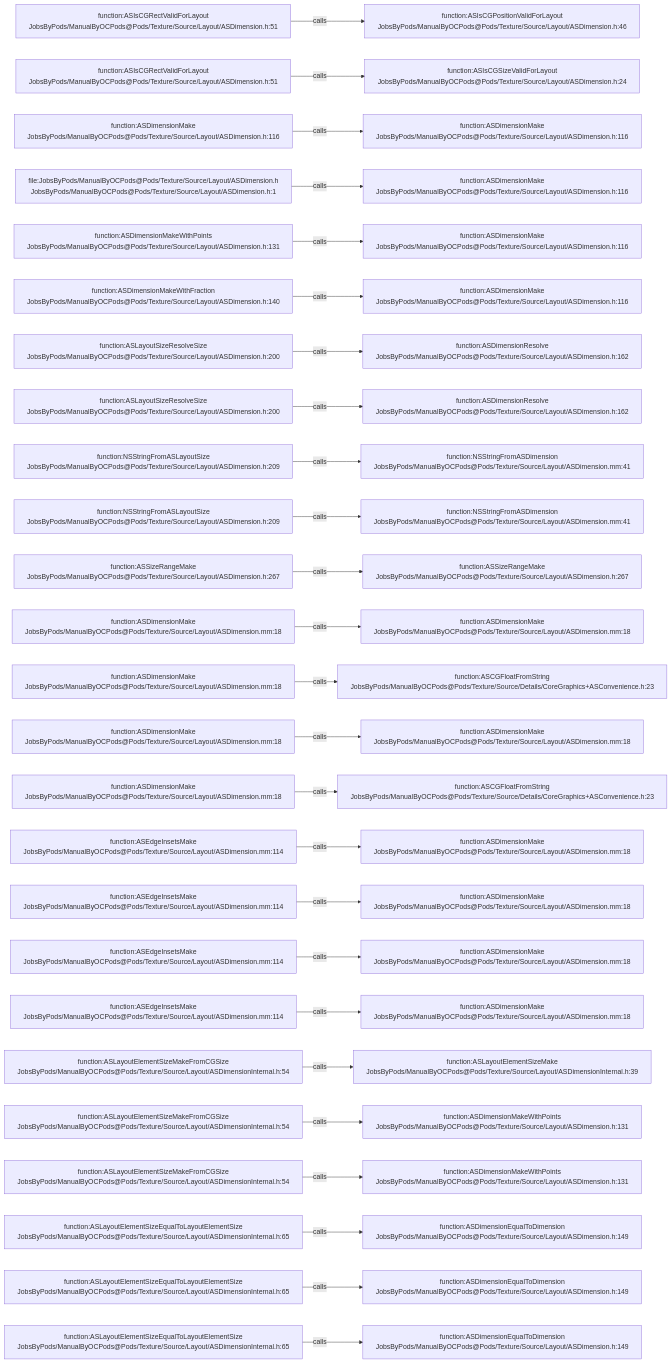
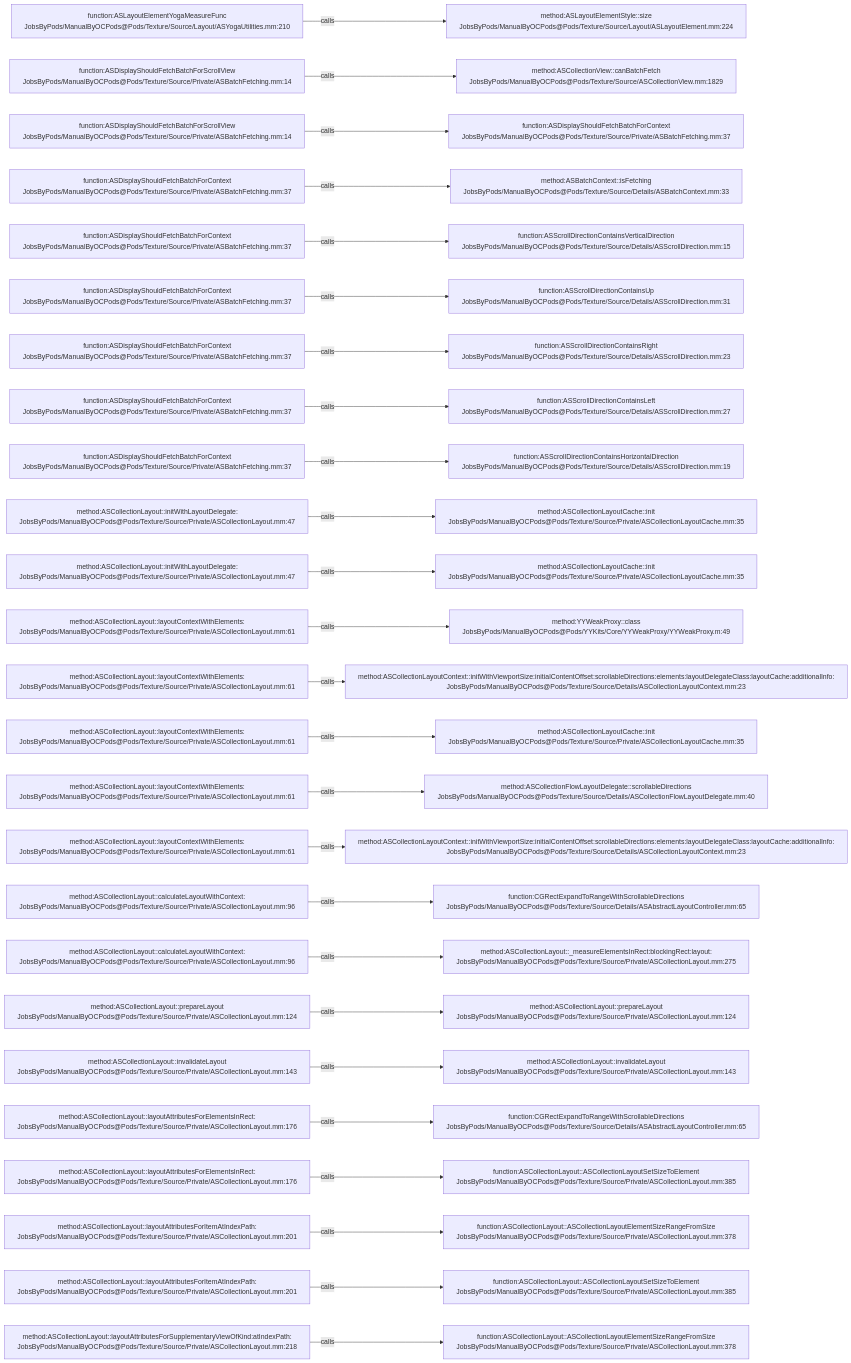
One commit to JobsKits/JobsOCBaseConfigDemo changed the diagram in .codegraph/codegraph.md/graphs/calls-168.md. Above: the diagram before and after it, drawn with Mermaid. The commit also changed 2723 other files, not shown here.

````diff
--- a/.codegraph/codegraph.md/graphs/calls-168.md
+++ b/.codegraph/codegraph.md/graphs/calls-168.md
@@ -13,78 +13,78 @@
 ```mermaid
 flowchart LR
-  S1["function:ASIsCGRectValidForLayout<br/>JobsByPods/ManualByOCPods@Pods/Texture/Source/Layout/ASDimension.h:51"]
-  T1["function:ASIsCGPositionValidForLayout<br/>JobsByPods/ManualByOCPods@Pods/Texture/Source/Layout/ASDimension.h:46"]
+  S1["function:ASLayoutElementYogaMeasureFunc<br/>JobsByPods/ManualByOCPods@Pods/Texture/Source/Layout/ASYogaUtilities.mm:210"]
+  T1["method:ASLayoutElementStyle::size<br/>JobsByPods/ManualByOCPods@Pods/Texture/Source/Layout/ASLayoutElement.mm:224"]
   S1 -->|calls| T1
-  S2["function:ASIsCGRectValidForLayout<br/>JobsByPods/ManualByOCPods@Pods/Texture/Source/Layout/ASDimension.h:51"]
-  T2["function:ASIsCGSizeValidForLayout<br/>JobsByPods/ManualByOCPods@Pods/Texture/Source/Layout/ASDimension.h:24"]
+  S2["function:ASDisplayShouldFetchBatchForScrollView<br/>JobsByPods/ManualByOCPods@Pods/Texture/Source/Private/ASBatchFetching.mm:14"]
+  T2["method:ASCollectionView::canBatchFetch<br/>JobsByPods/ManualByOCPods@Pods/Texture/Source/ASCollectionView.mm:1829"]
   S2 -->|calls| T2
-  S3["function:ASDimensionMake<br/>JobsByPods/ManualByOCPods@Pods/Texture/Source/Layout/ASDimension.h:116"]
-  T3["function:ASDimensionMake<br/>JobsByPods/ManualByOCPods@Pods/Texture/Source/Layout/ASDimension.h:116"]
+  S3["function:ASDisplayShouldFetchBatchForScrollView<br/>JobsByPods/ManualByOCPods@Pods/Texture/Source/Private/ASBatchFetching.mm:14"]
+  T3["function:ASDisplayShouldFetchBatchForContext<br/>JobsByPods/ManualByOCPods@Pods/Texture/Source/Private/ASBatchFetching.mm:37"]
   S3 -->|calls| T3
-  S4["file:JobsByPods/ManualByOCPods@Pods/Texture/Source/Layout/ASDimension.h<br/>JobsByPods/ManualByOCPods@Pods/Texture/Source/Layout/ASDimension.h:1"]
-  T4["function:ASDimensionMake<br/>JobsByPods/ManualByOCPods@Pods/Texture/Source/Layout/ASDimension.h:116"]
+  S4["function:ASDisplayShouldFetchBatchForContext<br/>JobsByPods/ManualByOCPods@Pods/Texture/Source/Private/ASBatchFetching.mm:37"]
+  T4["method:ASBatchContext::isFetching<br/>JobsByPods/ManualByOCPods@Pods/Texture/Source/Details/ASBatchContext.mm:33"]
   S4 -->|calls| T4
-  S5["function:ASDimensionMakeWithPoints<br/>JobsByPods/ManualByOCPods@Pods/Texture/Source/Layout/ASDimension.h:131"]
-  T5["function:ASDimensionMake<br/>JobsByPods/ManualByOCPods@Pods/Texture/Source/Layout/ASDimension.h:116"]
+  S5["function:ASDisplayShouldFetchBatchForContext<br/>JobsByPods/ManualByOCPods@Pods/Texture/Source/Private/ASBatchFetching.mm:37"]
+  T5["function:ASScrollDirectionContainsVerticalDirection<br/>JobsByPods/ManualByOCPods@Pods/Texture/Source/Details/ASScrollDirection.mm:15"]
   S5 -->|calls| T5
-  S6["function:ASDimensionMakeWithFraction<br/>JobsByPods/ManualByOCPods@Pods/Texture/Source/Layout/ASDimension.h:140"]
-  T6["function:ASDimensionMake<br/>JobsByPods/ManualByOCPods@Pods/Texture/Source/Layout/ASDimension.h:116"]
+  S6["function:ASDisplayShouldFetchBatchForContext<br/>JobsByPods/ManualByOCPods@Pods/Texture/Source/Private/ASBatchFetching.mm:37"]
+  T6["function:ASScrollDirectionContainsUp<br/>JobsByPods/ManualByOCPods@Pods/Texture/Source/Details/ASScrollDirection.mm:31"]
   S6 -->|calls| T6
-  S7["function:ASLayoutSizeResolveSize<br/>JobsByPods/ManualByOCPods@Pods/Texture/Source/Layout/ASDimension.h:200"]
-  T7["function:ASDimensionResolve<br/>JobsByPods/ManualByOCPods@Pods/Texture/Source/Layout/ASDimension.h:162"]
+  S7["function:ASDisplayShouldFetchBatchForContext<br/>JobsByPods/ManualByOCPods@Pods/Texture/Source/Private/ASBatchFetching.mm:37"]
+  T7["function:ASScrollDirectionContainsRight<br/>JobsByPods/ManualByOCPods@Pods/Texture/Source/Details/ASScrollDirection.mm:23"]
   S7 -->|calls| T7
-  S8["function:ASLayoutSizeResolveSize<br/>JobsByPods/ManualByOCPods@Pods/Texture/Source/Layout/ASDimension.h:200"]
-  T8["function:ASDimensionResolve<br/>JobsByPods/ManualByOCPods@Pods/Texture/Source/Layout/ASDimension.h:162"]
+  S8["function:ASDisplayShouldFetchBatchForContext<br/>JobsByPods/ManualByOCPods@Pods/Texture/Source/Private/ASBatchFetching.mm:37"]
+  T8["function:ASScrollDirectionContainsLeft<br/>JobsByPods/ManualByOCPods@Pods/Texture/Source/Details/ASScrollDirection.mm:27"]
   S8 -->|calls| T8
-  S9["function:NSStringFromASLayoutSize<br/>JobsByPods/ManualByOCPods@Pods/Texture/Source/Layout/ASDimension.h:209"]
-  T9["function:NSStringFromASDimension<br/>JobsByPods/ManualByOCPods@Pods/Texture/Source/Layout/ASDimension.mm:41"]
+  S9["function:ASDisplayShouldFetchBatchForContext<br/>JobsByPods/ManualByOCPods@Pods/Texture/Source/Private/ASBatchFetching.mm:37"]
+  T9["function:ASScrollDirectionContainsHorizontalDirection<br/>JobsByPods/ManualByOCPods@Pods/Texture/Source/Details/ASScrollDirection.mm:19"]
   S9 -->|calls| T9
-  S10["function:NSStringFromASLayoutSize<br/>JobsByPods/ManualByOCPods@Pods/Texture/Source/Layout/ASDimension.h:209"]
-  T10["function:NSStringFromASDimension<br/>JobsByPods/ManualByOCPods@Pods/Texture/Source/Layout/ASDimension.mm:41"]
+  S10["method:ASCollectionLayout::initWithLayoutDelegate:<br/>JobsByPods/ManualByOCPods@Pods/Texture/Source/Private/ASCollectionLayout.mm:47"]
+  T10["method:ASCollectionLayoutCache::init<br/>JobsByPods/ManualByOCPods@Pods/Texture/Source/Private/ASCollectionLayoutCache.mm:35"]
   S10 -->|calls| T10
-  S11["function:ASSizeRangeMake<br/>JobsByPods/ManualByOCPods@Pods/Texture/Source/Layout/ASDimension.h:267"]
-  T11["function:ASSizeRangeMake<br/>JobsByPods/ManualByOCPods@Pods/Texture/Source/Layout/ASDimension.h:267"]
+  S11["method:ASCollectionLayout::initWithLayoutDelegate:<br/>JobsByPods/ManualByOCPods@Pods/Texture/Source/Private/ASCollectionLayout.mm:47"]
+  T11["method:ASCollectionLayoutCache::init<br/>JobsByPods/ManualByOCPods@Pods/Texture/Source/Private/ASCollectionLayoutCache.mm:35"]
   S11 -->|calls| T11
-  S12["function:ASDimensionMake<br/>JobsByPods/ManualByOCPods@Pods/Texture/Source/Layout/ASDimension.mm:18"]
-  T12["function:ASDimensionMake<br/>JobsByPods/ManualByOCPods@Pods/Texture/Source/Layout/ASDimension.mm:18"]
+  S12["method:ASCollectionLayout::layoutContextWithElements:<br/>JobsByPods/ManualByOCPods@Pods/Texture/Source/Private/ASCollectionLayout.mm:61"]
+  T12["method:YYWeakProxy::class<br/>JobsByPods/ManualByOCPods@Pods/YYKits/Core/YYWeakProxy/YYWeakProxy.m:49"]
   S12 -->|calls| T12
-  S13["function:ASDimensionMake<br/>JobsByPods/ManualByOCPods@Pods/Texture/Source/Layout/ASDimension.mm:18"]
-  T13["function:ASCGFloatFromString<br/>JobsByPods/ManualByOCPods@Pods/Texture/Source/Details/CoreGraphics+ASConvenience.h:23"]
+  S13["method:ASCollectionLayout::layoutContextWithElements:<br/>JobsByPods/ManualByOCPods@Pods/Texture/Source/Private/ASCollectionLayout.mm:61"]
+  T13["method:ASCollectionLayoutContext::initWithViewportSize:initialContentOffset:scrollableDirections:elements:layoutDelegateClass:layoutCache:additionalInfo:<br/>JobsByPods/ManualByOCPods@Pods/Texture/Source/Details/ASCollectionLayoutContext.mm:23"]
   S13 -->|calls| T13
-  S14["function:ASDimensionMake<br/>JobsByPods/ManualByOCPods@Pods/Texture/Source/Layout/ASDimension.mm:18"]
-  T14["function:ASDimensionMake<br/>JobsByPods/ManualByOCPods@Pods/Texture/Source/Layout/ASDimension.mm:18"]
+  S14["method:ASCollectionLayout::layoutContextWithElements:<br/>JobsByPods/ManualByOCPods@Pods/Texture/Source/Private/ASCollectionLayout.mm:61"]
+  T14["method:ASCollectionLayoutCache::init<br/>JobsByPods/ManualByOCPods@Pods/Texture/Source/Private/ASCollectionLayoutCache.mm:35"]
   S14 -->|calls| T14
-  S15["function:ASDimensionMake<br/>JobsByPods/ManualByOCPods@Pods/Texture/Source/Layout/ASDimension.mm:18"]
-  T15["function:ASCGFloatFromString<br/>JobsByPods/ManualByOCPods@Pods/Texture/Source/Details/CoreGraphics+ASConvenience.h:23"]
+  S15["method:ASCollectionLayout::layoutContextWithElements:<br/>JobsByPods/ManualByOCPods@Pods/Texture/Source/Private/ASCollectionLayout.mm:61"]
+  T15["method:ASCollectionFlowLayoutDelegate::scrollableDirections<br/>JobsByPods/ManualByOCPods@Pods/Texture/Source/Details/ASCollectionFlowLayoutDelegate.mm:40"]
   S15 -->|calls| T15
-  S16["function:ASEdgeInsetsMake<br/>JobsByPods/ManualByOCPods@Pods/Texture/Source/Layout/ASDimension.mm:114"]
-  T16["function:ASDimensionMake<br/>JobsByPods/ManualByOCPods@Pods/Texture/Source/Layout/ASDimension.mm:18"]
+  S16["method:ASCollectionLayout::layoutContextWithElements:<br/>JobsByPods/ManualByOCPods@Pods/Texture/Source/Private/ASCollectionLayout.mm:61"]
+  T16["method:ASCollectionLayoutContext::initWithViewportSize:initialContentOffset:scrollableDirections:elements:layoutDelegateClass:layoutCache:additionalInfo:<br/>JobsByPods/ManualByOCPods@Pods/Texture/Source/Details/ASCollectionLayoutContext.mm:23"]
   S16 -->|calls| T16
-  S17["function:ASEdgeInsetsMake<br/>JobsByPods/ManualByOCPods@Pods/Texture/Source/Layout/ASDimension.mm:114"]
-  T17["function:ASDimensionMake<br/>JobsByPods/ManualByOCPods@Pods/Texture/Source/Layout/ASDimension.mm:18"]
+  S17["method:ASCollectionLayout::calculateLayoutWithContext:<br/>JobsByPods/ManualByOCPods@Pods/Texture/Source/Private/ASCollectionLayout.mm:96"]
+  T17["function:CGRectExpandToRangeWithScrollableDirections<br/>JobsByPods/ManualByOCPods@Pods/Texture/Source/Details/ASAbstractLayoutController.mm:65"]
   S17 -->|calls| T17
-  S18["function:ASEdgeInsetsMake<br/>JobsByPods/ManualByOCPods@Pods/Texture/Source/Layout/ASDimension.mm:114"]
-  T18["function:ASDimensionMake<br/>JobsByPods/ManualByOCPods@Pods/Texture/Source/Layout/ASDimension.mm:18"]
+  S18["method:ASCollectionLayout::calculateLayoutWithContext:<br/>JobsByPods/ManualByOCPods@Pods/Texture/Source/Private/ASCollectionLayout.mm:96"]
+  T18["method:ASCollectionLayout::_measureElementsInRect:blockingRect:layout:<br/>JobsByPods/ManualByOCPods@Pods/Texture/Source/Private/ASCollectionLayout.mm:275"]
   S18 -->|calls| T18
-  S19["function:ASEdgeInsetsMake<br/>JobsByPods/ManualByOCPods@Pods/Texture/Source/Layout/ASDimension.mm:114"]
-  T19["function:ASDimensionMake<br/>JobsByPods/ManualByOCPods@Pods/Texture/Source/Layout/ASDimension.mm:18"]
+  S19["method:ASCollectionLayout::prepareLayout<br/>JobsByPods/ManualByOCPods@Pods/Texture/Source/Private/ASCollectionLayout.mm:124"]
+  T19["method:ASCollectionLayout::prepareLayout<br/>JobsByPods/ManualByOCPods@Pods/Texture/Source/Private/ASCollectionLayout.mm:124"]
   S19 -->|calls| T19
-  S20["function:ASLayoutElementSizeMakeFromCGSize<br/>JobsByPods/ManualByOCPods@Pods/Texture/Source/Layout/ASDimensionInternal.h:54"]
-  T20["function:ASLayoutElementSizeMake<br/>JobsByPods/ManualByOCPods@Pods/Texture/Source/Layout/ASDimensionInternal.h:39"]
+  S20["method:ASCollectionLayout::invalidateLayout<br/>JobsByPods/ManualByOCPods@Pods/Texture/Source/Private/ASCollectionLayout.mm:143"]
+  T20["method:ASCollectionLayout::invalidateLayout<br/>JobsByPods/ManualByOCPods@Pods/Texture/Source/Private/ASCollectionLayout.mm:143"]
   S20 -->|calls| T20
-  S21["function:ASLayoutElementSizeMakeFromCGSize<br/>JobsByPods/ManualByOCPods@Pods/Texture/Source/Layout/ASDimensionInternal.h:54"]
-  T21["function:ASDimensionMakeWithPoints<br/>JobsByPods/ManualByOCPods@Pods/Texture/Source/Layout/ASDimension.h:131"]
+  S21["method:ASCollectionLayout::layoutAttributesForElementsInRect:<br/>JobsByPods/ManualByOCPods@Pods/Texture/Source/Private/ASCollectionLayout.mm:176"]
+  T21["function:CGRectExpandToRangeWithScrollableDirections<br/>JobsByPods/ManualByOCPods@Pods/Texture/Source/Details/ASAbstractLayoutController.mm:65"]
   S21 -->|calls| T21
-  S22["function:ASLayoutElementSizeMakeFromCGSize<br/>JobsByPods/ManualByOCPods@Pods/Texture/Source/Layout/ASDimensionInternal.h:54"]
-  T22["function:ASDimensionMakeWithPoints<br/>JobsByPods/ManualByOCPods@Pods/Texture/Source/Layout/ASDimension.h:131"]
+  S22["method:ASCollectionLayout::layoutAttributesForElementsInRect:<br/>JobsByPods/ManualByOCPods@Pods/Texture/Source/Private/ASCollectionLayout.mm:176"]
+  T22["function:ASCollectionLayout::ASCollectionLayoutSetSizeToElement<br/>JobsByPods/ManualByOCPods@Pods/Texture/Source/Private/ASCollectionLayout.mm:385"]
   S22 -->|calls| T22
-  S23["function:ASLayoutElementSizeEqualToLayoutElementSize<br/>JobsByPods/ManualByOCPods@Pods/Texture/Source/Layout/ASDimensionInternal.h:65"]
-  T23["function:ASDimensionEqualToDimension<br/>JobsByPods/ManualByOCPods@Pods/Texture/Source/Layout/ASDimension.h:149"]
+  S23["method:ASCollectionLayout::layoutAttributesForItemAtIndexPath:<br/>JobsByPods/ManualByOCPods@Pods/Texture/Source/Private/ASCollectionLayout.mm:201"]
+  T23["function:ASCollectionLayout::ASCollectionLayoutElementSizeRangeFromSize<br/>JobsByPods/ManualByOCPods@Pods/Texture/Source/Private/ASCollectionLayout.mm:378"]
   S23 -->|calls| T23
-  S24["function:ASLayoutElementSizeEqualToLayoutElementSize<br/>JobsByPods/ManualByOCPods@Pods/Texture/Source/Layout/ASDimensionInternal.h:65"]
-  T24["function:ASDimensionEqualToDimension<br/>JobsByPods/ManualByOCPods@Pods/Texture/Source/Layout/ASDimension.h:149"]
+  S24["method:ASCollectionLayout::layoutAttributesForItemAtIndexPath:<br/>JobsByPods/ManualByOCPods@Pods/Texture/Source/Private/ASCollectionLayout.mm:201"]
+  T24["function:ASCollectionLayout::ASCollectionLayoutSetSizeToElement<br/>JobsByPods/ManualByOCPods@Pods/Texture/Source/Private/ASCollectionLayout.mm:385"]
   S24 -->|calls| T24
-  S25["function:ASLayoutElementSizeEqualToLayoutElementSize<br/>JobsByPods/ManualByOCPods@Pods/Texture/Source/Layout/ASDimensionInternal.h:65"]
-  T25["function:ASDimensionEqualToDimension<br/>JobsByPods/ManualByOCPods@Pods/Texture/Source/Layout/ASDimension.h:149"]
+  S25["method:ASCollectionLayout::layoutAttributesForSupplementaryViewOfKind:atIndexPath:<br/>JobsByPods/ManualByOCPods@Pods/Texture/Source/Private/ASCollectionLayout.mm:218"]
+  T25["function:ASCollectionLayout::ASCollectionLayoutElementSizeRangeFromSize<br/>JobsByPods/ManualByOCPods@Pods/Texture/Source/Private/ASCollectionLayout.mm:378"]
   S25 -->|calls| T25
 ```
````
